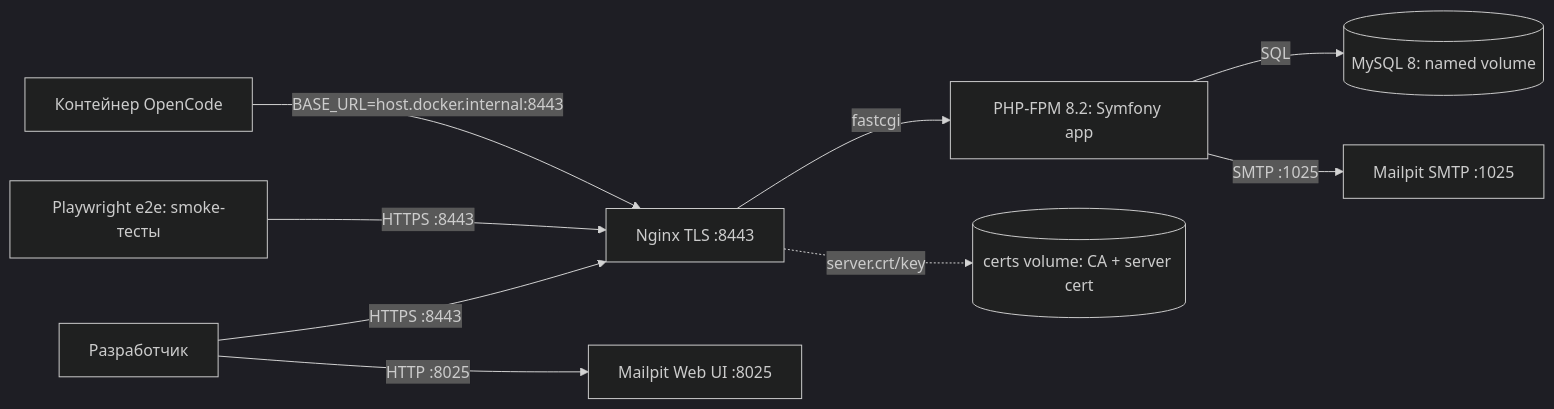
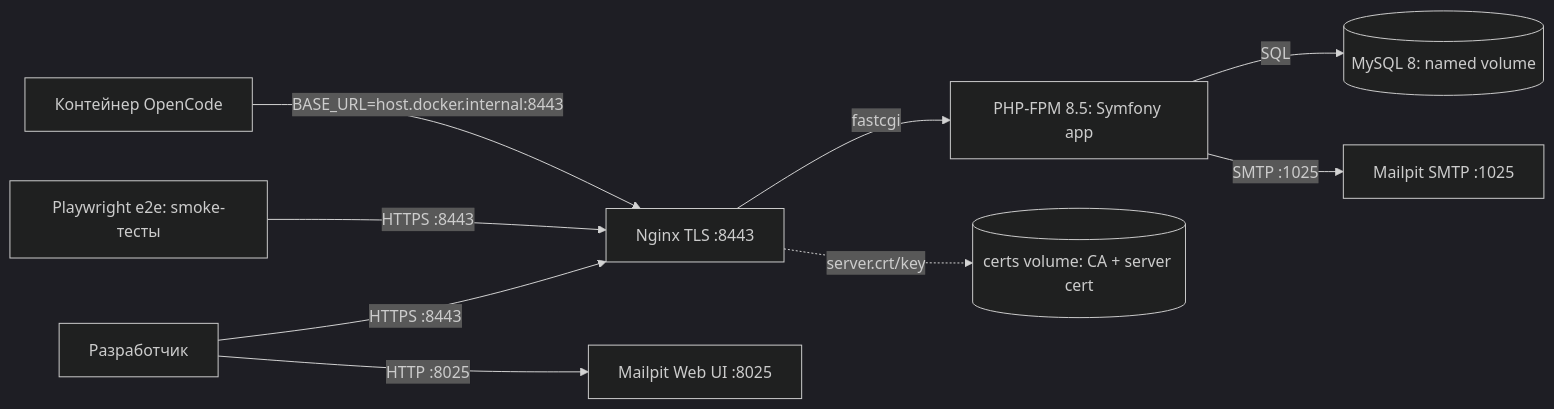
One commit to AliakseiBurak/crm-b2b-call changed the diagram in openspec/changes/initial-docker-setup/design.md. Above: the diagram before and after it, drawn with Mermaid (dark theme). The commit also changed other lines of this file and 3 other files, not shown here.

Commit message:
plan: initial-docker-setup — PHP 8.5, Symfony 7.4 LTS, ORM 3.x, asymmetric visibility (2.5)

````diff
--- a/openspec/changes/initial-docker-setup/design.md
+++ b/openspec/changes/initial-docker-setup/design.md
@@ -161,11 +167,11 @@
 ```mermaid
 flowchart LR
     Dev[Разработчик] -->|HTTPS :8443| Nginx[Nginx TLS :8443]
-    Nginx -->|fastcgi| Php[PHP-FPM 8.2: Symfony app]
+    Nginx -->|fastcgi| Php[PHP-FPM 8.5: Symfony app]
     Php -->|SQL| MySQL[(MySQL 8: named volume)]
     Php -->|SMTP :1025| Mailpit[Mailpit SMTP :1025]
     Dev -->|HTTP :8025| MailpitUI[Mailpit Web UI :8025]
     Nginx -.->|server.crt/key| Certs[(certs volume: CA + server cert)]
     E2e[Playwright e2e: smoke-тесты] -->|HTTPS :8443| Nginx
     OC[Контейнер OpenCode] -->|BASE_URL=host.docker.internal:8443| Nginx
 ```
````
